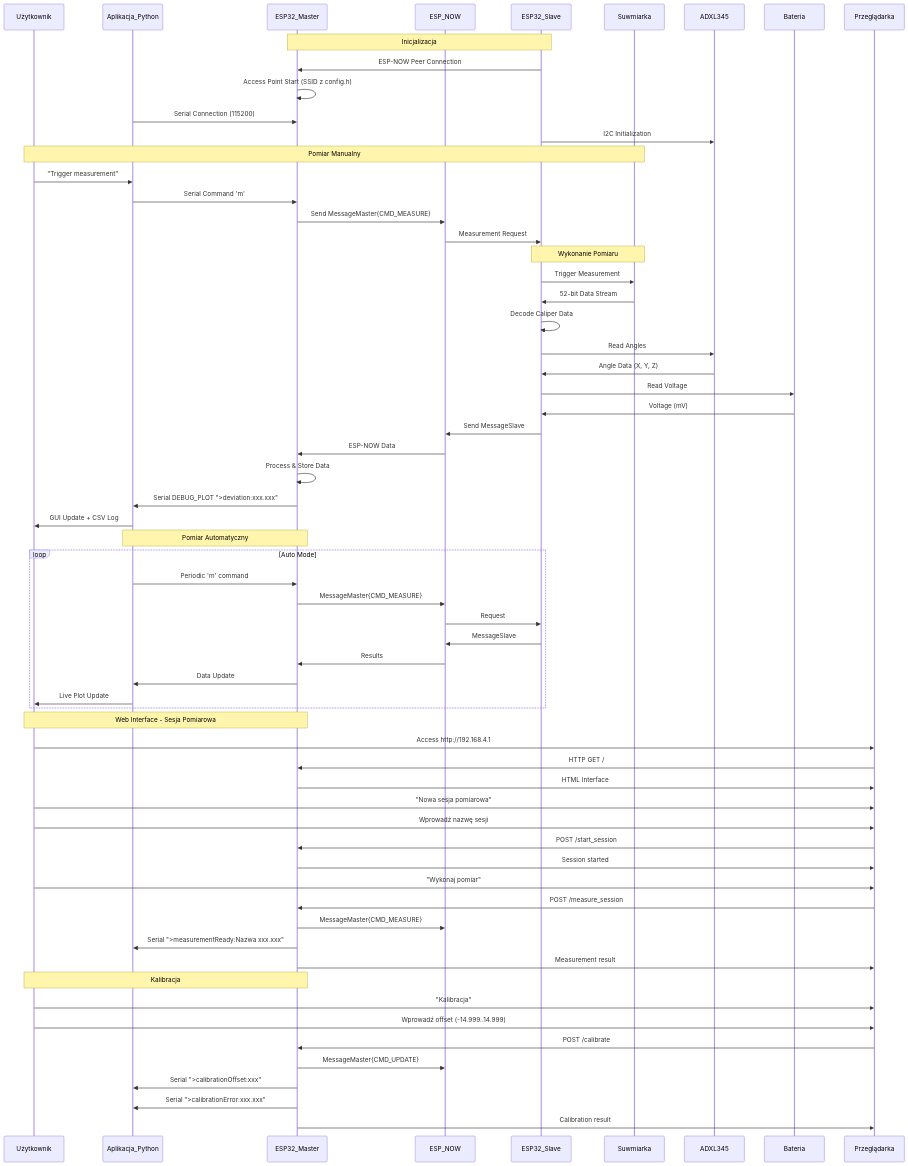
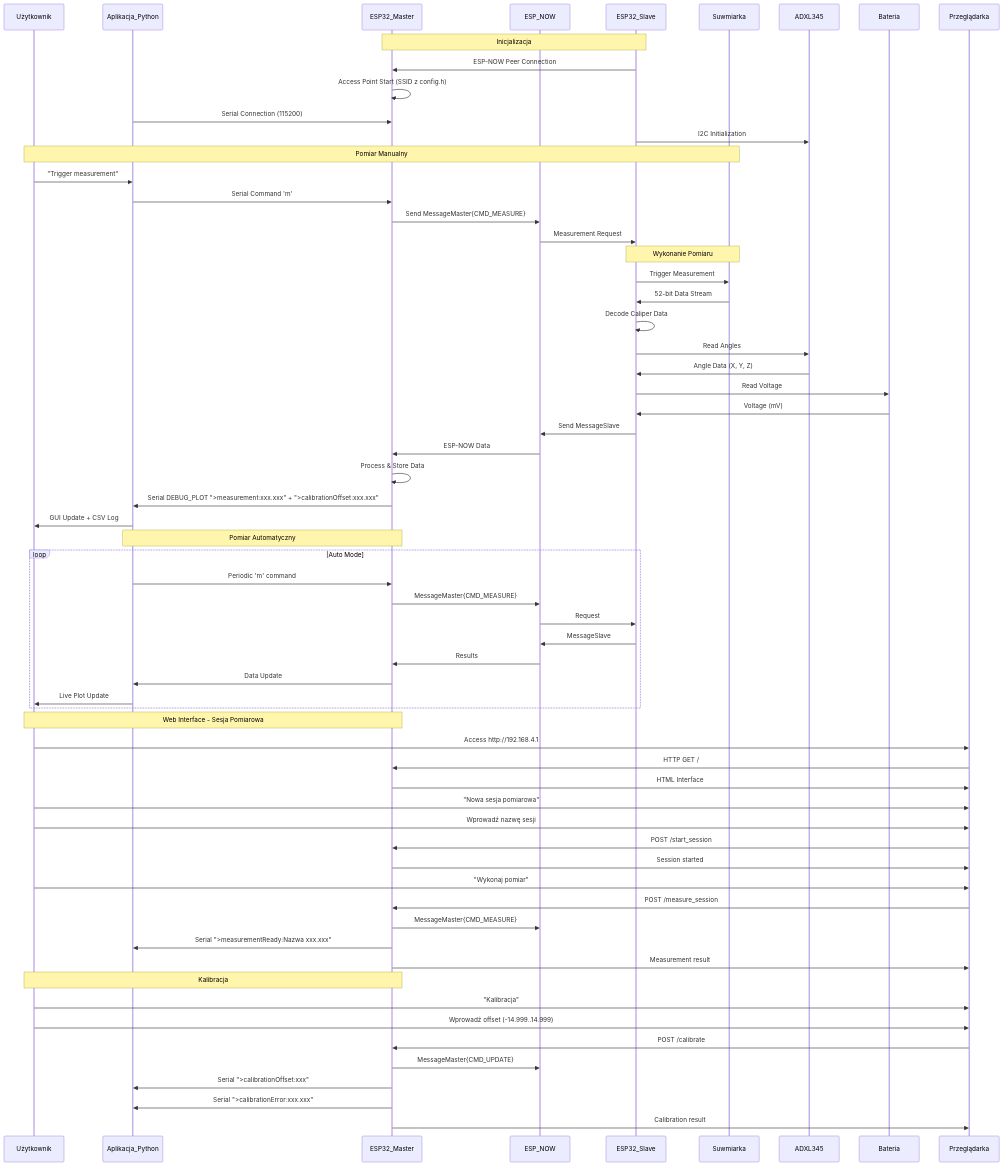
One commit to ciupakt/caliper changed the second of 3 diagrams in README.md. Above: the diagram before and after it, drawn with Mermaid. The commit also changed other lines of this file and 21 other files, not shown here.

````diff
--- a/README.md
+++ b/README.md
@@ -268,71 +268,71 @@
 ```mermaid
 sequenceDiagram
     participant Użytkownik
     participant Aplikacja_Python
     participant ESP32_Master
     participant ESP_NOW
     participant ESP32_Slave
     participant Suwmiarka
     participant ADXL345
     participant Bateria
 
     Note over ESP32_Slave,ESP32_Master: Inicjalizacja
     ESP32_Slave->>ESP32_Master: ESP-NOW Peer Connection
     ESP32_Master->>ESP32_Master: Access Point Start (SSID z config.h)
     Aplikacja_Python->>ESP32_Master: Serial Connection (115200)
     ESP32_Slave->>ADXL345: I2C Initialization
 
     Note over Użytkownik,Suwmiarka: Pomiar Manualny
     Użytkownik->>Aplikacja_Python: "Trigger measurement"
     Aplikacja_Python->>ESP32_Master: Serial Command 'm'
     ESP32_Master->>ESP_NOW: Send MessageMaster{CMD_MEASURE}
     ESP_NOW->>ESP32_Slave: Measurement Request
 
     Note over ESP32_Slave,Suwmiarka: Wykonanie Pomiaru
     ESP32_Slave->>Suwmiarka: Trigger Measurement
     Suwmiarka->>ESP32_Slave: 52-bit Data Stream
     ESP32_Slave->>ESP32_Slave: Decode Caliper Data
     ESP32_Slave->>ADXL345: Read Angles
     ADXL345->>ESP32_Slave: Angle Data (X, Y, Z)
     ESP32_Slave->>Bateria: Read Voltage
     Bateria->>ESP32_Slave: Voltage (mV)
     ESP32_Slave->>ESP_NOW: Send MessageSlave
     ESP_NOW->>ESP32_Master: ESP-NOW Data
     ESP32_Master->>ESP32_Master: Process & Store Data
-    ESP32_Master->>Aplikacja_Python: Serial DEBUG_PLOT ">deviation:xxx.xxx"
+    ESP32_Master->>Aplikacja_Python: Serial DEBUG_PLOT ">measurement:xxx.xxx" + ">calibrationOffset:xxx.xxx"
     Aplikacja_Python->>Użytkownik: GUI Update + CSV Log
 
     Note over Aplikacja_Python,ESP32_Master: Pomiar Automatyczny
     loop Auto Mode
         Aplikacja_Python->>ESP32_Master: Periodic 'm' command
         ESP32_Master->>ESP_NOW: MessageMaster{CMD_MEASURE}
         ESP_NOW->>ESP32_Slave: Request
         ESP32_Slave->>ESP_NOW: MessageSlave
         ESP_NOW->>ESP32_Master: Results
         ESP32_Master->>Aplikacja_Python: Data Update
         Aplikacja_Python->>Użytkownik: Live Plot Update
     end
 
     Note over Użytkownik,ESP32_Master: Web Interface - Sesja Pomiarowa
     Użytkownik->>Przeglądarka: Access http://192.168.4.1
     Przeglądarka->>ESP32_Master: HTTP GET /
     ESP32_Master->>Przeglądarka: HTML Interface
     Użytkownik->>Przeglądarka: "Nowa sesja pomiarowa"
     Użytkownik->>Przeglądarka: Wprowadź nazwę sesji
     Przeglądarka->>ESP32_Master: POST /start_session
     ESP32_Master->>Przeglądarka: Session started
     Użytkownik->>Przeglądarka: "Wykonaj pomiar"
     Przeglądarka->>ESP32_Master: POST /measure_session
     ESP32_Master->>ESP_NOW: MessageMaster{CMD_MEASURE}
     ESP32_Master->>Aplikacja_Python: Serial ">measurementReady:Nazwa xxx.xxx"
     ESP32_Master->>Przeglądarka: Measurement result
 
     Note over Użytkownik,ESP32_Master: Kalibracja
     Użytkownik->>Przeglądarka: "Kalibracja"
     Użytkownik->>Przeglądarka: Wprowadź offset (-14.999..14.999)
     Przeglądarka->>ESP32_Master: POST /calibrate
     ESP32_Master->>ESP_NOW: MessageMaster{CMD_UPDATE}
     ESP32_Master->>Aplikacja_Python: Serial ">calibrationOffset:xxx"
     ESP32_Master->>Aplikacja_Python: Serial ">calibrationError:xxx.xxx"
     ESP32_Master->>Przeglądarka: Calibration result
 ```
````
